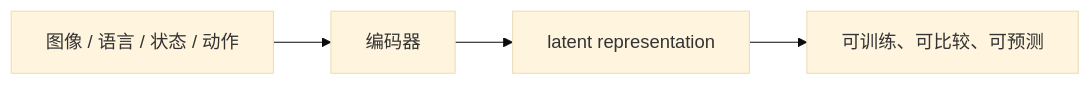
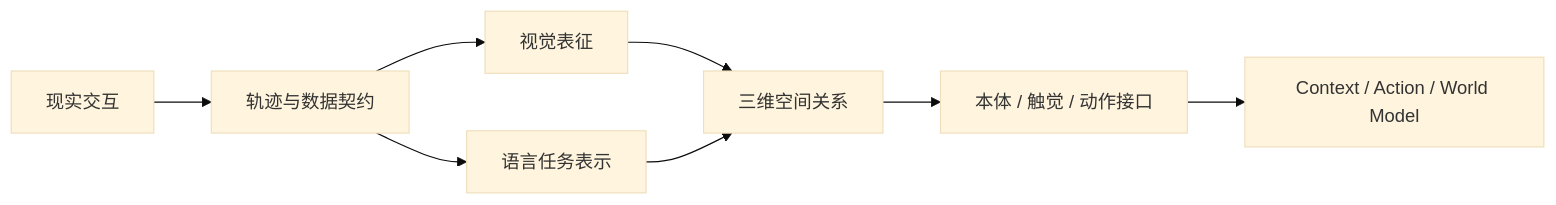
One commit to qi-robotics/robot-world-model-tutorial changed the diagram in docs/basics/index.md. Above: the diagram before and after it, drawn with Mermaid (base theme). The commit also changed other lines of this file and 61 other files, not shown here.

````diff
--- a/docs/basics/index.md
+++ b/docs/basics/index.md
@@ -17,6 +18,10 @@
 ```mermaid
 flowchart LR
-    X["图像 / 语言 / 状态 / 动作"] --> E["编码器"]
-    E --> Z["latent representation"]
-    Z --> T["可训练、可比较、可预测"]
+    R["现实交互"] --> D["轨迹与数据契约"]
+    D --> V["视觉表征"]
+    D --> L["语言任务表示"]
+    V --> G["三维空间关系"]
+    L --> G
+    G --> I["本体 / 触觉 / 动作接口"]
+    I --> N["Context / Action / World Model"]
 ```
````
